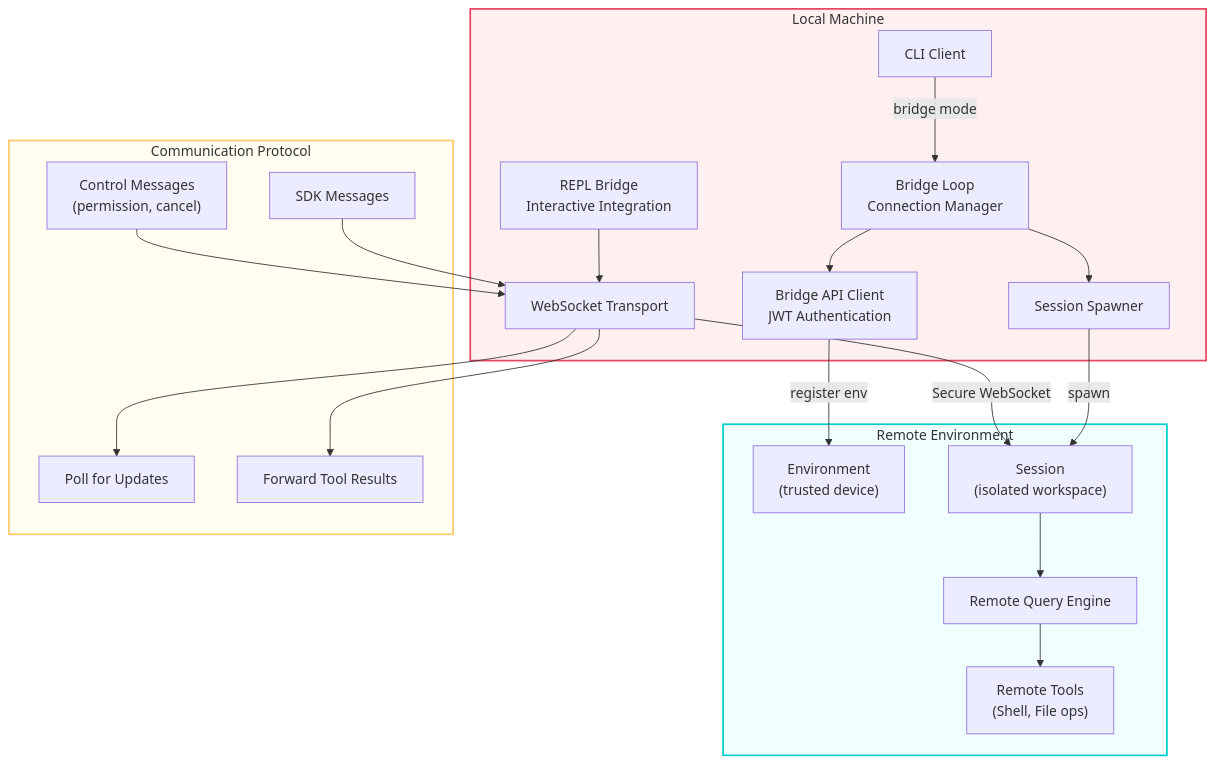
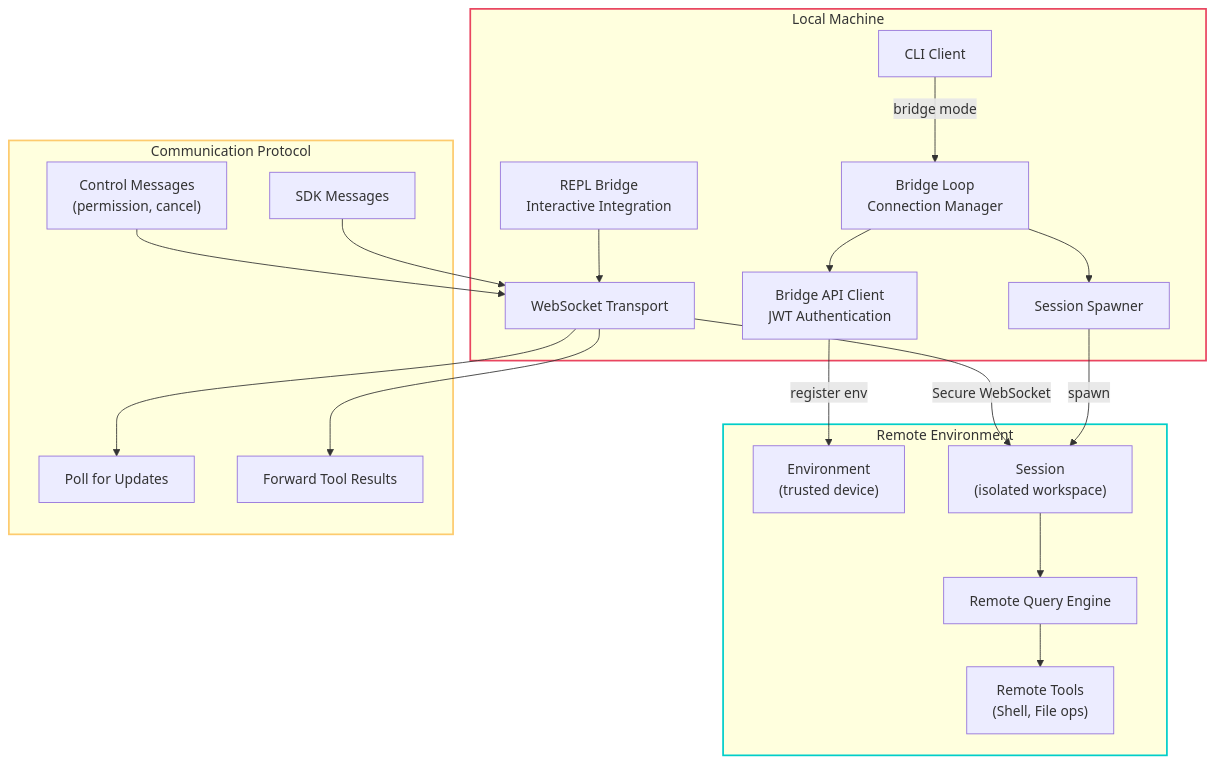
Before and after one commit to PavelValentov/multi-agent-architecture: diagram 11 of 14 in DIAGRAMS.md, drawn with Mermaid. The commit also changed other lines of this file, not shown here.

````diff
--- a/DIAGRAMS.md
+++ b/DIAGRAMS.md
@@ -893,44 +893,44 @@
 ```mermaid
 graph TB
     subgraph Local["Local Machine"]
         LOCAL_CLI["CLI Client"]
         BRIDGE_MAIN["Bridge Loop<br/>Connection Manager"]
         BRIDGE_API["Bridge API Client<br/>JWT Authentication"]
         SESSION_RUN["Session Spawner"]
         REPL_BRIDGE["REPL Bridge<br/>Interactive Integration"]
         WS_TRANSPORT["WebSocket Transport"]
     end
 
     subgraph Remote["Remote Environment"]
         ENV["Environment<br/>(trusted device)"]
         SESSION["Session<br/>(isolated workspace)"]
         REMOTE_QE["Remote Query Engine"]
         REMOTE_TOOLS["Remote Tools<br/>(Shell, File ops)"]
     end
 
     subgraph Protocol["Communication Protocol"]
         SDK_MSG["SDK Messages"]
         CTRL_MSG["Control Messages<br/>(permission, cancel)"]
         POLL["Poll for Updates"]
         FORWARD["Forward Tool Results"]
     end
 
     LOCAL_CLI -->|"bridge mode"| BRIDGE_MAIN
     BRIDGE_MAIN --> BRIDGE_API
     BRIDGE_API -->|"register env"| ENV
     BRIDGE_MAIN --> SESSION_RUN
     SESSION_RUN -->|"spawn"| SESSION
     SESSION --> REMOTE_QE
     REMOTE_QE --> REMOTE_TOOLS
     REPL_BRIDGE --> WS_TRANSPORT
     WS_TRANSPORT -->|"Secure WebSocket"| SESSION
 
     SDK_MSG --> WS_TRANSPORT
     CTRL_MSG --> WS_TRANSPORT
     WS_TRANSPORT --> POLL
     WS_TRANSPORT --> FORWARD
 
-    style Local fill:#fff0f0,stroke:#e94560,stroke-width:2px,color:#333
-    style Remote fill:#f0ffff,stroke:#00cec9,stroke-width:2px,color:#333
-    style Protocol fill:#fffef0,stroke:#fdcb6e,stroke-width:2px,color:#333
+    style Local stroke:#e94560,stroke-width:2px
+    style Remote stroke:#00cec9,stroke-width:2px
+    style Protocol stroke:#fdcb6e,stroke-width:2px
 ```
````
